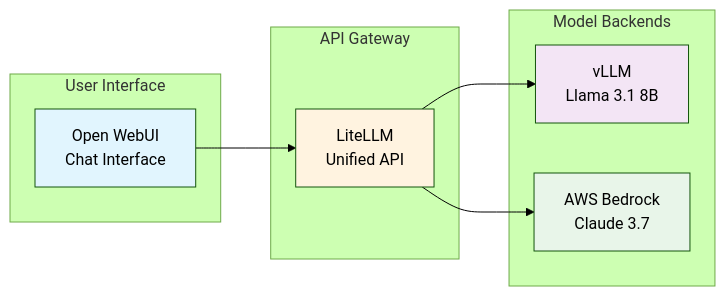
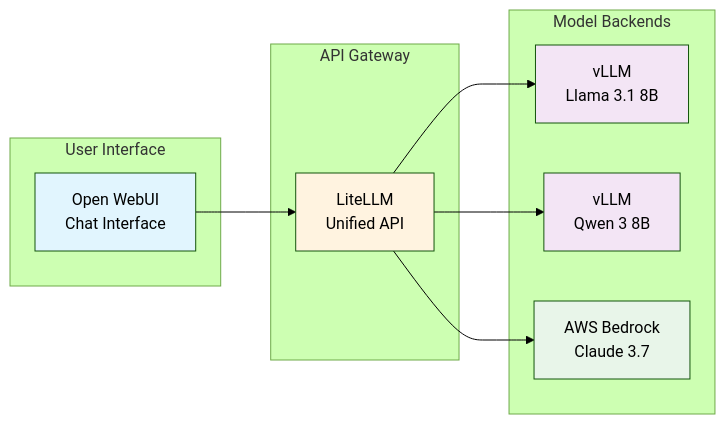
One commit to aws-samples/sample-genai-on-eks-starter-kit changed the diagram in workshops/eks-genai-workshop/content/module1-interacting-with-models/index.en.md. Above: the diagram before and after it, drawn with Mermaid (forest theme). The commit also changed other lines of this file and 13 other files, not shown here.

````diff
--- a/workshops/eks-genai-workshop/content/module1-interacting-with-models/index.en.md
+++ b/workshops/eks-genai-workshop/content/module1-interacting-with-models/index.en.md
@@ -36,24 +33,27 @@
 ```mermaid
 graph LR
     subgraph "User Interface"
         UI[Open WebUI<br/>Chat Interface]
     end
     
     subgraph "API Gateway"
         LLM[LiteLLM<br/>Unified API]
     end
     
     subgraph "Model Backends"
         VLLM[vLLM<br/>Llama 3.1 8B]
+        VLLMQ[vLLM<br/>Qwen 3 8B]
         BEDROCK[AWS Bedrock<br/>Claude 3.7]
     end
     
     UI --> LLM
     LLM --> VLLM
+    LLM --> VLLMQ
     LLM --> BEDROCK
     
     style UI fill:#e1f5fe
     style LLM fill:#fff3e0
     style VLLM fill:#f3e5f5
+    style VLLMQ fill:#f3e5f5
     style BEDROCK fill:#e8f5e9
 ```
````
